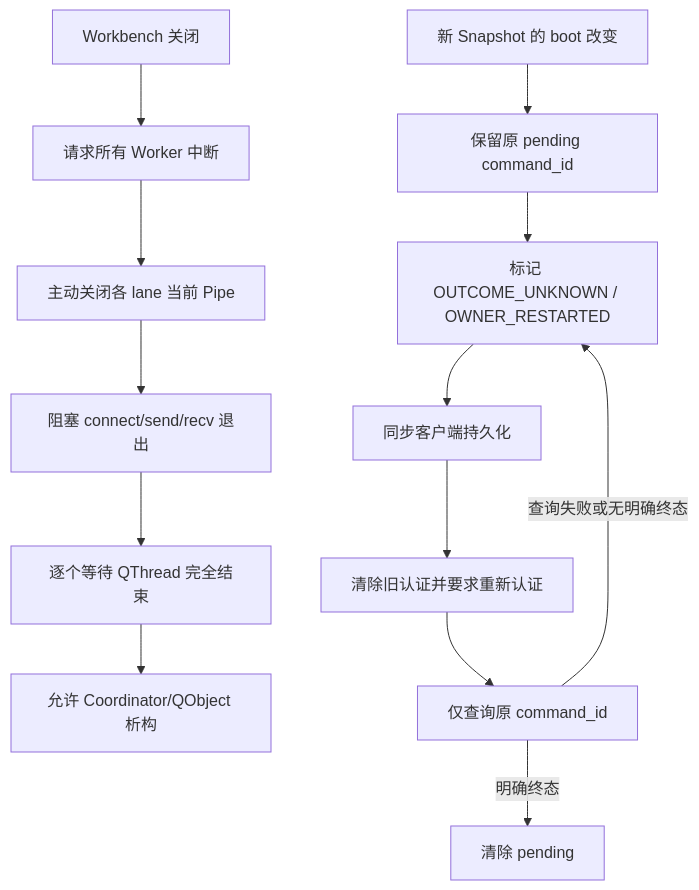
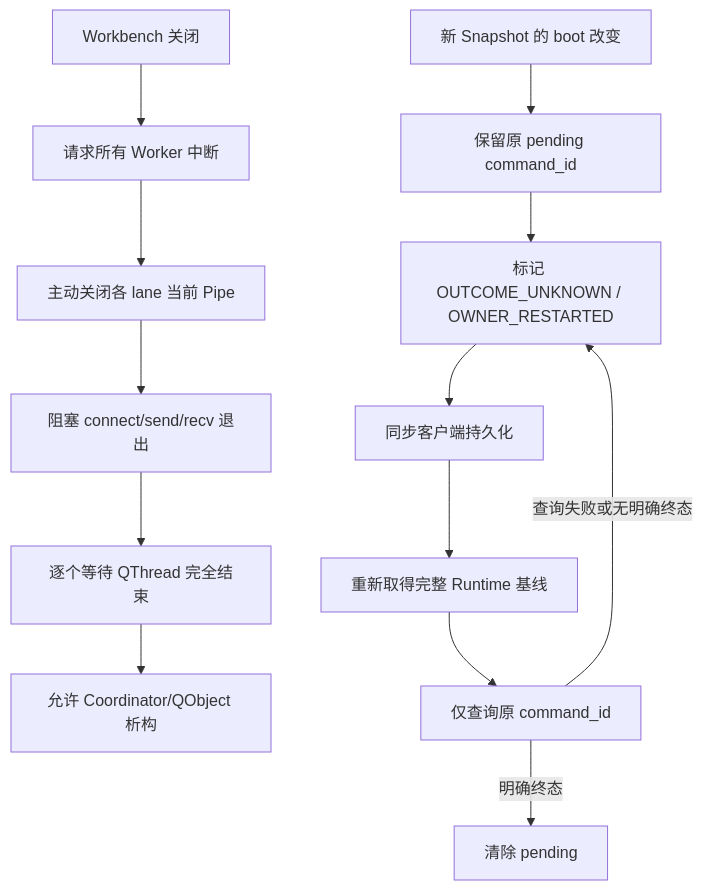
The second of 3 diagrams in docs/refactor/trading-workbench-client-refactor-20261119.md (Yoruto/OnlineTrader), drawn with Mermaid before and after one commit. The commit also changed other lines of this file and 17 other files, not shown here.

````diff
--- a/docs/refactor/trading-workbench-client-refactor-20261119.md
+++ b/docs/refactor/trading-workbench-client-refactor-20261119.md
@@ -366,15 +368,15 @@
 ```mermaid
 flowchart TD
     C[Workbench 关闭] --> I[请求所有 Worker 中断]
     I --> P[主动关闭各 lane 当前 Pipe]
     P --> W[阻塞 connect/send/recv 退出]
     W --> J[逐个等待 QThread 完全结束]
     J --> D[允许 Coordinator/QObject 析构]
     B[新 Snapshot 的 boot 改变] --> K[保留原 pending command_id]
     K --> U[标记 OUTCOME_UNKNOWN / OWNER_RESTARTED]
     U --> S[同步客户端持久化]
-    S --> A[清除旧认证并要求重新认证]
+    S --> A[重新取得完整 Runtime 基线]
     A --> Q[仅查询原 command_id]
     Q -->|明确终态| T[清除 pending]
     Q -->|查询失败或无明确终态| U
 ```
````
